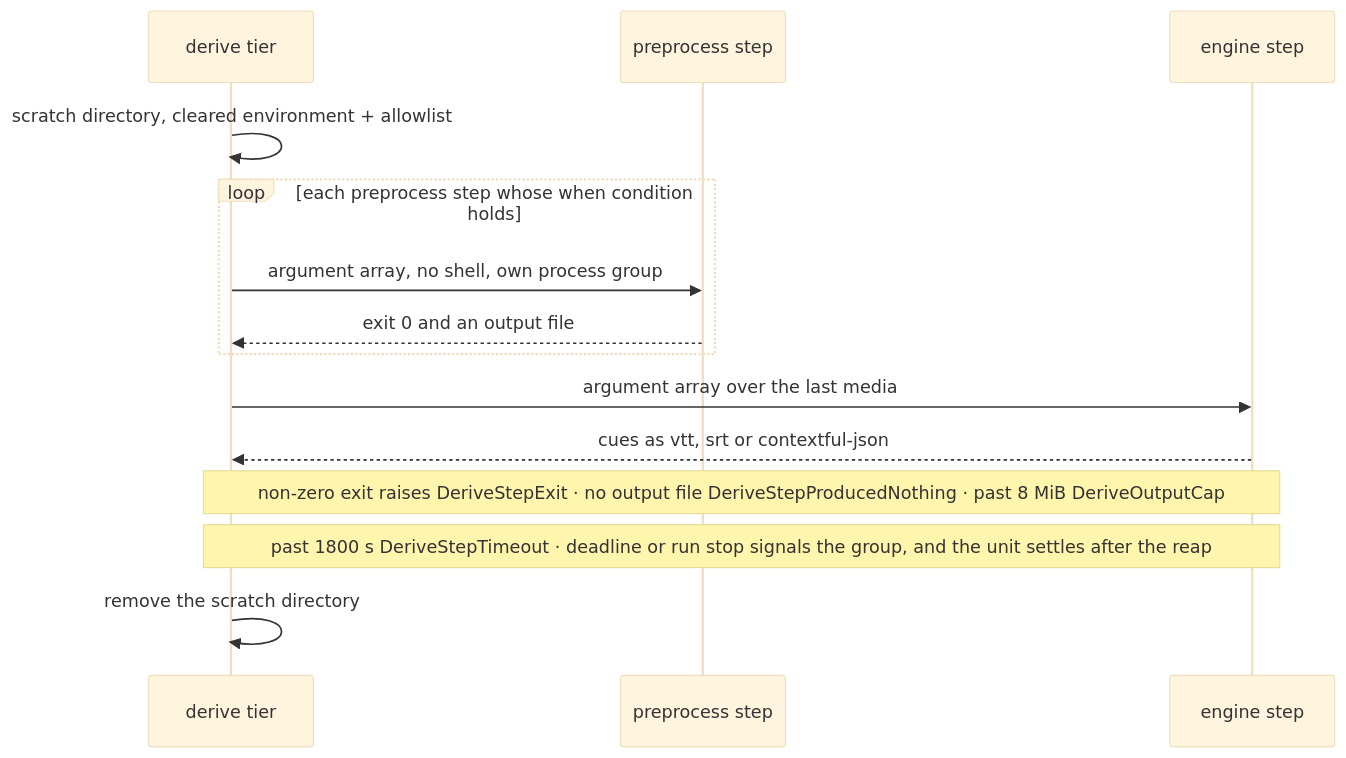
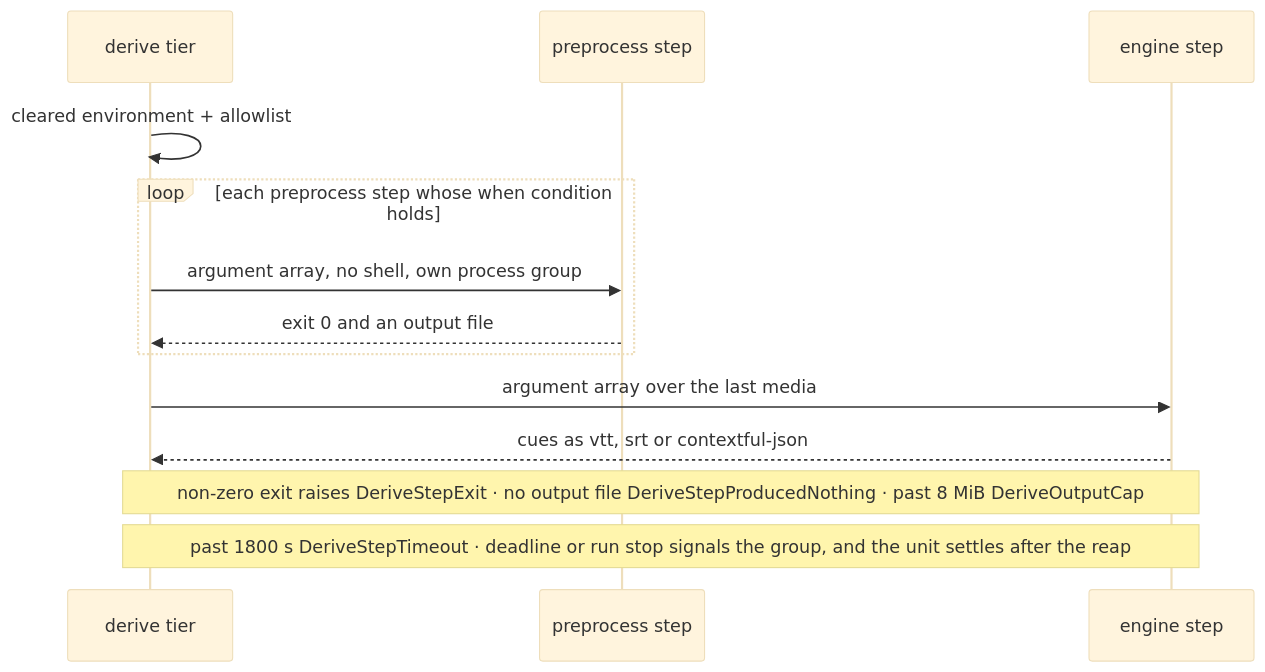
The second of 4 diagrams in spec/32-derive.md (fractalboxdev/contextful), drawn with Mermaid (base theme) before and after one commit. The commit also changed other lines of this file and 7 other files, not shown here.

````diff
--- a/spec/32-derive.md
+++ b/spec/32-derive.md
@@ -94,16 +94,15 @@
 ```mermaid
 sequenceDiagram
   participant T as derive tier
   participant P as preprocess step
   participant E as engine step
-  T->>T: scratch directory, cleared environment + allowlist
+  T->>T: cleared environment + allowlist
   loop each preprocess step whose when condition holds
     T->>P: argument array, no shell, own process group
     P-->>T: exit 0 and an output file
   end
   T->>E: argument array over the last media
   E-->>T: cues as vtt, srt or contextful-json
   Note over T,E: non-zero exit raises DeriveStepExit · no output file DeriveStepProducedNothing · past 8 MiB DeriveOutputCap
   Note over T,E: past 1800 s DeriveStepTimeout · deadline or run stop signals the group, and the unit settles after the reap
-  T->>T: remove the scratch directory
 ```
````
